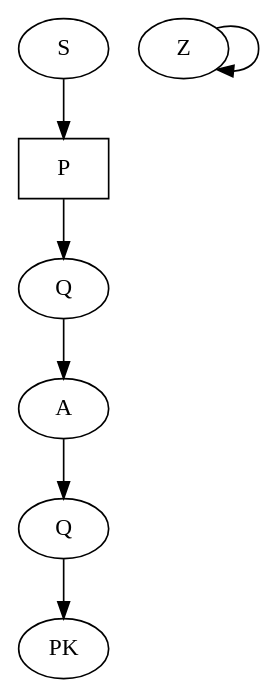
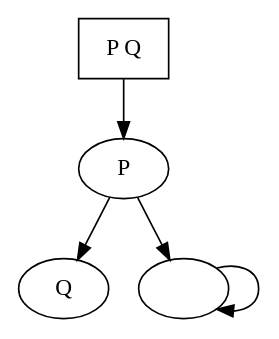
One commit to f-musa/ctl-model-checker changed the diagram in example.dot. Above: the diagram before and after it, drawn with Graphviz. The commit also changed 4 other files, not shown here.

```diff
--- a/example.dot
+++ b/example.dot
@@ -1,20 +1,15 @@
 digraph mon_systeme {
     /* Liste des n÷uds avec leurs labels séparés par des espaces */
-    q1 [ label =" P "];
-    q2 [ label =" S "];
+    q1 [ label =" P Q "];
+    q2 [ label =" P "];
     q3 [ label =" Q "];
-    q4 [ label =" A "];
-    q5 [ label =" Q "];
-    q6 [ label =" Z "];
-    q7 [ label ="PK"];
+    q4 [ label ="  "];
 
     /* Un seul n÷ud initial */
     q1 [ shape = box ];
 
     /* Transitions */
-    q2 -> q1 -> q3 ;
-    q3 -> q4 ;
-    q4 -> q5 ;
-    q5 -> q7 ;
-    q6 -> q6 ;
+    q1 -> q2 -> q3 ;
+    q2 -> q4 ;
+    q4 -> q4 ;
  }
```
